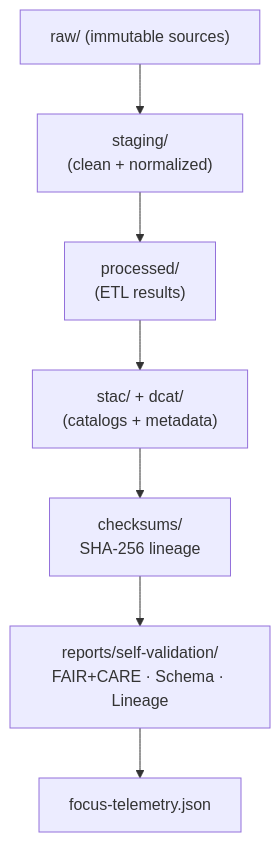
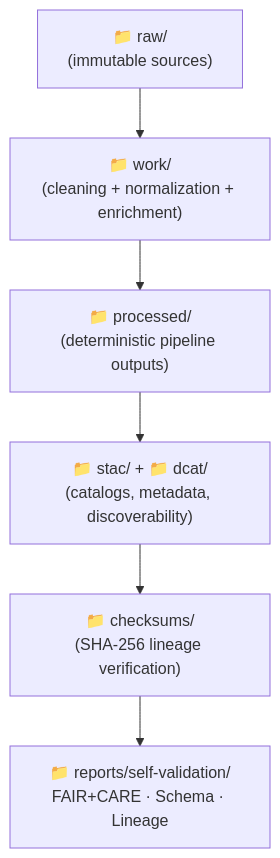
Before and after one commit to bartytime4life/Kansas-Frontier-Matrix: the diagram in data/README.md, drawn with Mermaid. The commit also changed other lines of this file, not shown here.

````diff
--- a/data/README.md
+++ b/data/README.md
@@ -132,15 +159,13 @@
-~~~~mermaid
+```mermaid
 flowchart TD
-  A["raw/ (immutable sources)"]
-    --> B["staging/\n(clean + normalized)"]
+  A["📁 raw/\n(immutable sources)"]
+    --> B["📁 work/\n(cleaning + normalization + enrichment)"]
 
-  B --> C["processed/\n(ETL results)"]
+  B --> C["📁 processed/\n(deterministic pipeline outputs)"]
 
-  C --> D["stac/ + dcat/\n(catalogs + metadata)"]
+  C --> D["📁 stac/ + 📁 dcat/\n(catalogs, metadata, discoverability)"]
 
-  D --> E["checksums/\nSHA-256 lineage"]
+  D --> E["📁 checksums/\n(SHA-256 lineage verification)"]
 
-  E --> F["reports/self-validation/\nFAIR+CARE · Schema · Lineage"]
-
-  F --> G["focus-telemetry.json"]
-~~~~
+  E --> F["📁 reports/self-validation/\nFAIR+CARE · Schema · Lineage"]
+```
````
